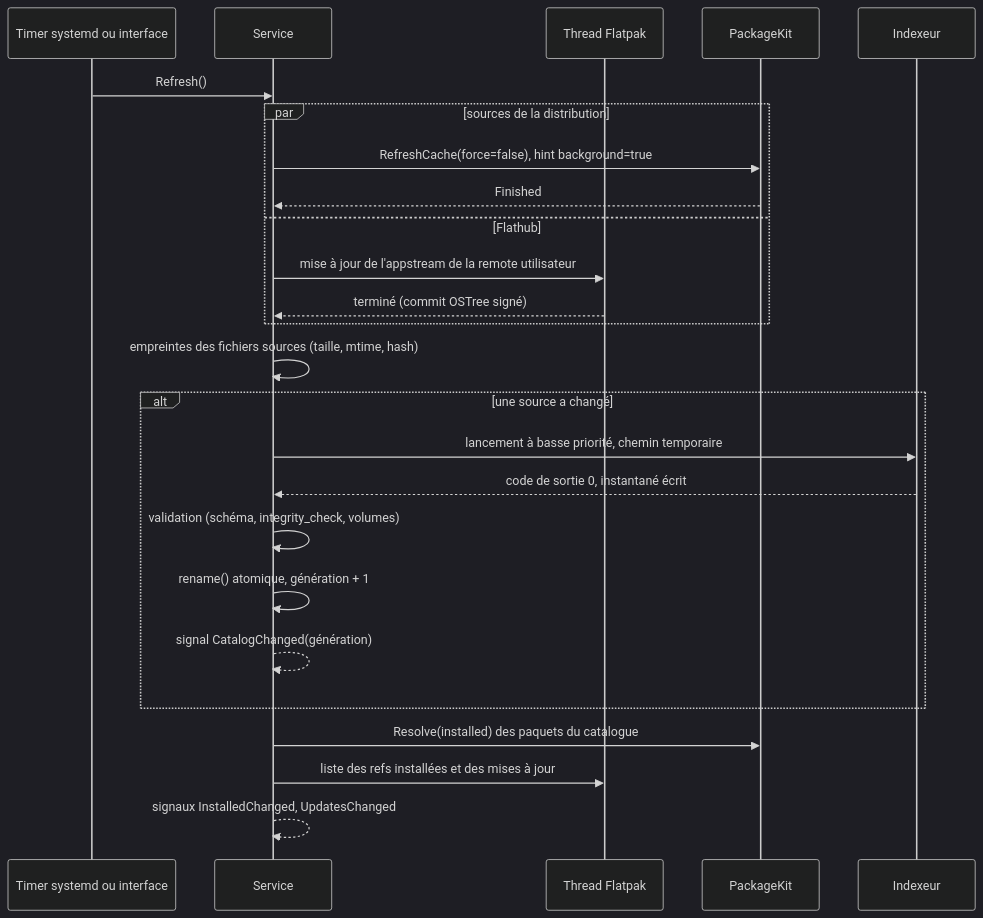
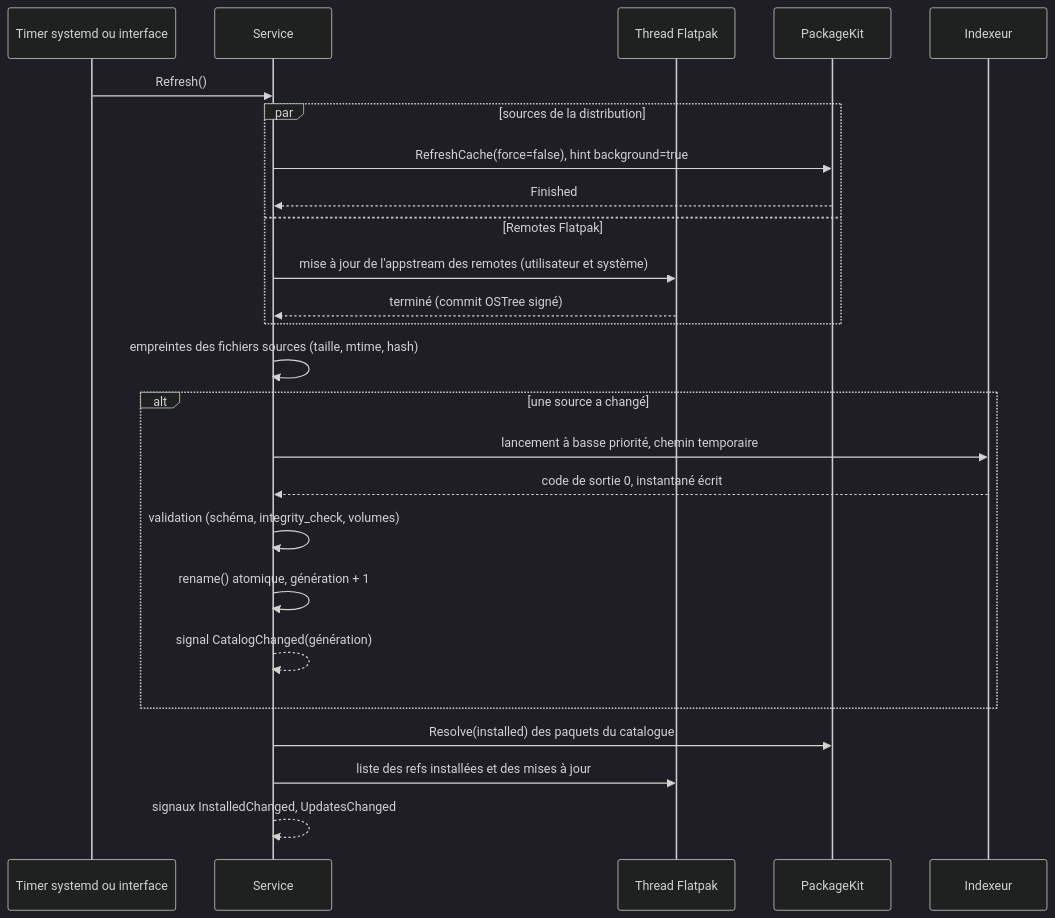
The third of 5 diagrams in docs/ARCHITECTURE.md (SachaGrdc/cutefish-store), drawn with Mermaid (dark theme) before and after one commit. The commit also changed other lines of this file and 1 other file, not shown here.

First line of the commit message:
docs: manage system-wide Flatpak installations in v1 (D-011)

````diff
--- a/docs/ARCHITECTURE.md
+++ b/docs/ARCHITECTURE.md
@@ -253,27 +264,27 @@
 ```mermaid
 sequenceDiagram
     participant T as Timer systemd ou interface
     participant S as Service
     participant F as Thread Flatpak
     participant P as PackageKit
     participant I as Indexeur
     T->>S: Refresh()
     par sources de la distribution
         S->>P: RefreshCache(force=false), hint background=true
         P-->>S: Finished
-    and Flathub
-        S->>F: mise à jour de l'appstream de la remote utilisateur
+    and Remotes Flatpak
+        S->>F: mise à jour de l'appstream des remotes (utilisateur et système)
         F-->>S: terminé (commit OSTree signé)
     end
     S->>S: empreintes des fichiers sources (taille, mtime, hash)
     alt une source a changé
         S->>I: lancement à basse priorité, chemin temporaire
         I-->>S: code de sortie 0, instantané écrit
         S->>S: validation (schéma, integrity_check, volumes)
         S->>S: rename() atomique, génération + 1
         S-->>S: signal CatalogChanged(génération)
     end
     S->>P: Resolve(installed) des paquets du catalogue
     S->>F: liste des refs installées et des mises à jour
     S-->>S: signaux InstalledChanged, UpdatesChanged
 ```
````
